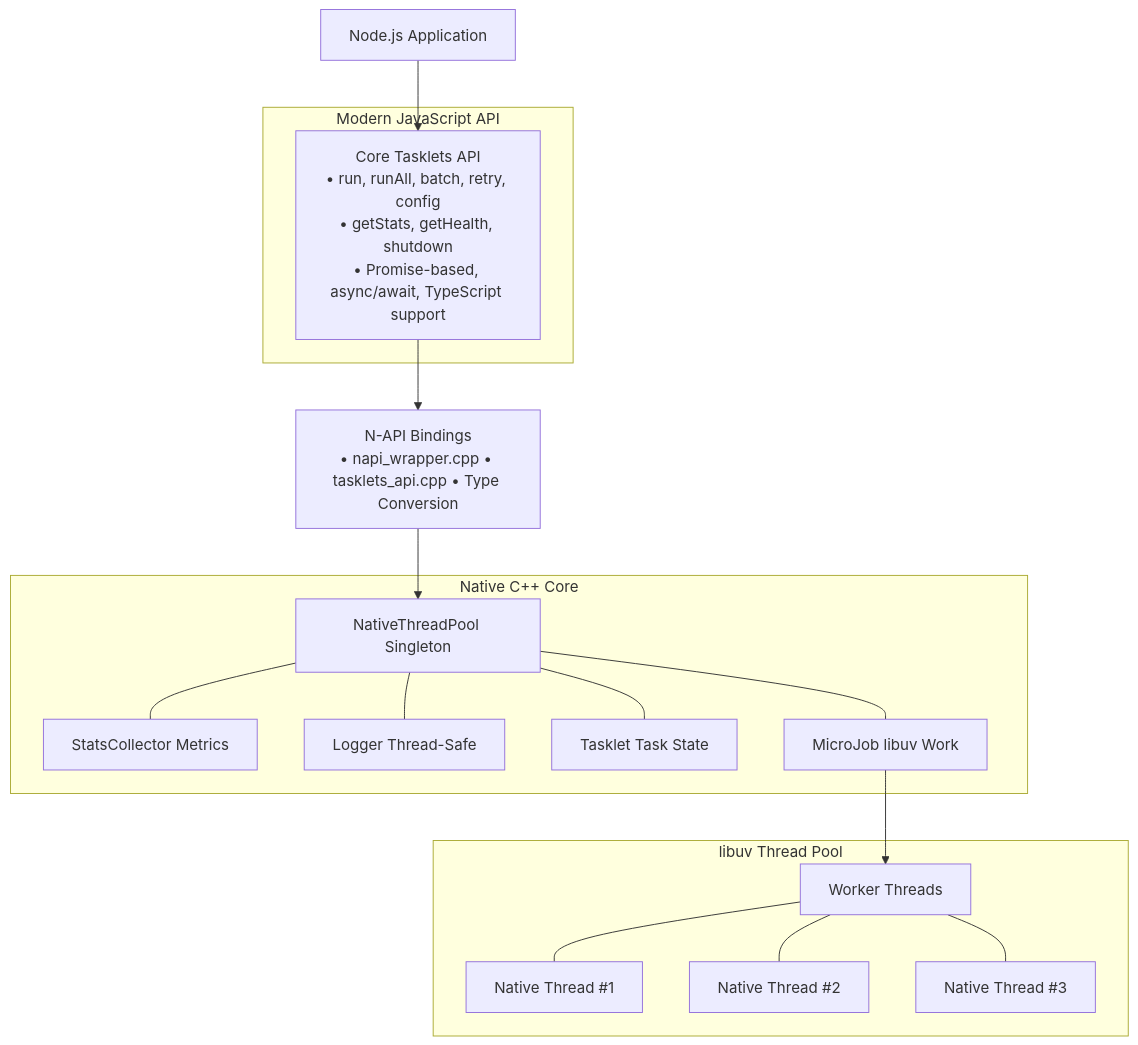
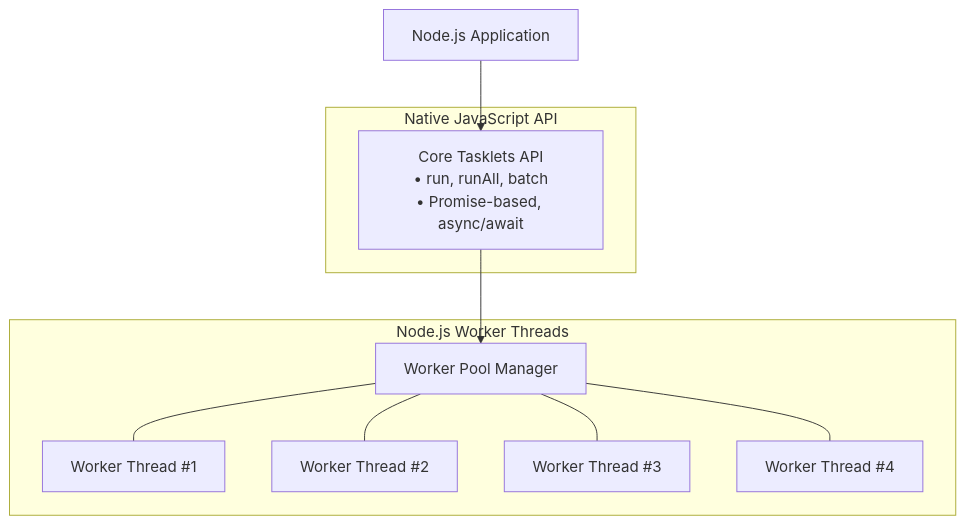
The diagram in README.md (wendelmax/tasklets), drawn with Mermaid before and after one commit. The commit also changed other lines of this file and 97 other files, not shown here.

Commit message:
feat: Introduce Tasklets library for parallel processing, including worker implementation, examples, benchmarks, and documentation.

````diff
--- a/README.md
+++ b/README.md
@@ -221,29 +155,17 @@
 ```mermaid
 graph TD
     NodeApp[Node.js Application] --> JS_API
     
-    subgraph "Modern JavaScript API"
-        JS_API[Core Tasklets API<br/>• run, runAll, batch, retry, config<br/>• getStats, getHealth, shutdown<br/>• Promise-based, async/await, TypeScript support]
+    subgraph "Native JavaScript API"
+        JS_API[Core Tasklets API<br/>• run, runAll, batch<br/>• Promise-based, async/await]
     end
     
-    JS_API --> NAPI[N-API Bindings<br/>• napi_wrapper.cpp • tasklets_api.cpp • Type Conversion]
+    JS_API --> WorkerPool[Worker Pool Manager]
     
-    NAPI --> NativeCore
-    
-    subgraph "Native C++ Core"
-        NativeCore[NativeThreadPool Singleton]
-        NativeCore --- Stats[StatsCollector Metrics]
-        NativeCore --- Logger[Logger Thread-Safe]
-        NativeCore --- Task[Tasklet Task State]
-        NativeCore --- MicroJob[MicroJob libuv Work]
-    end
-    
-    MicroJob --> UVPool
-    
-    subgraph "libuv Thread Pool"
-        UVPool[Worker Threads]
-        UVPool --- T1[Native Thread #1]
-        UVPool --- T2[Native Thread #2]
-        UVPool --- T3[Native Thread #3]
+    subgraph "Node.js Worker Threads"
+        WorkerPool --- W1[Worker Thread #1]
+        WorkerPool --- W2[Worker Thread #2]
+        WorkerPool --- W3[Worker Thread #3]
+        WorkerPool --- W4[Worker Thread #4]
     end
 ```
````
